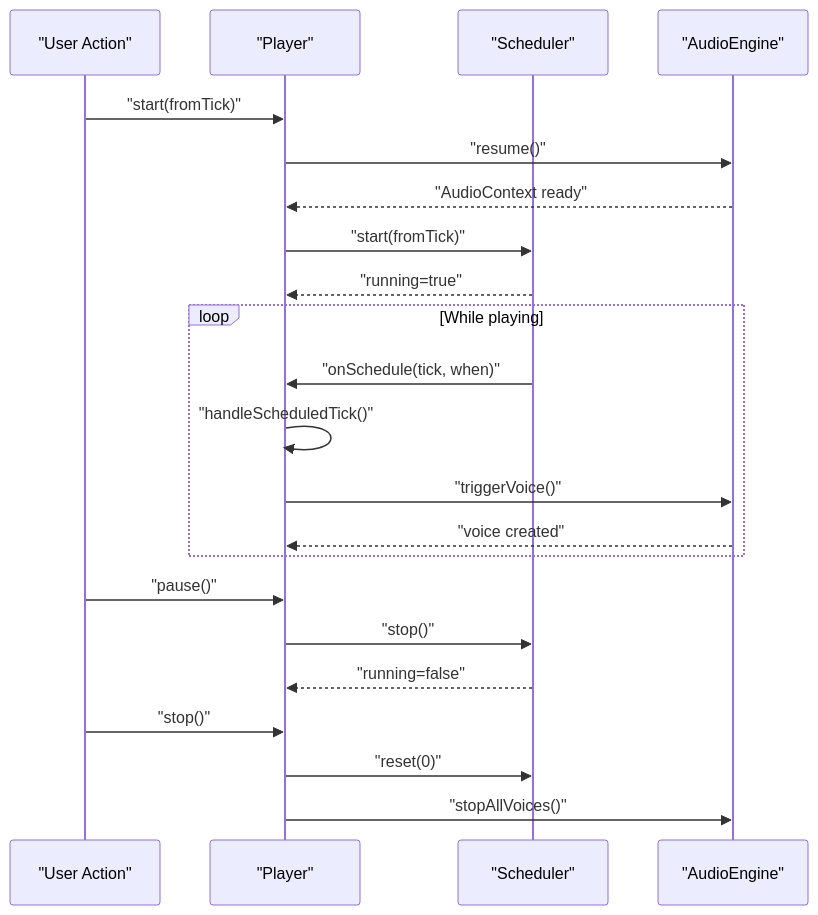
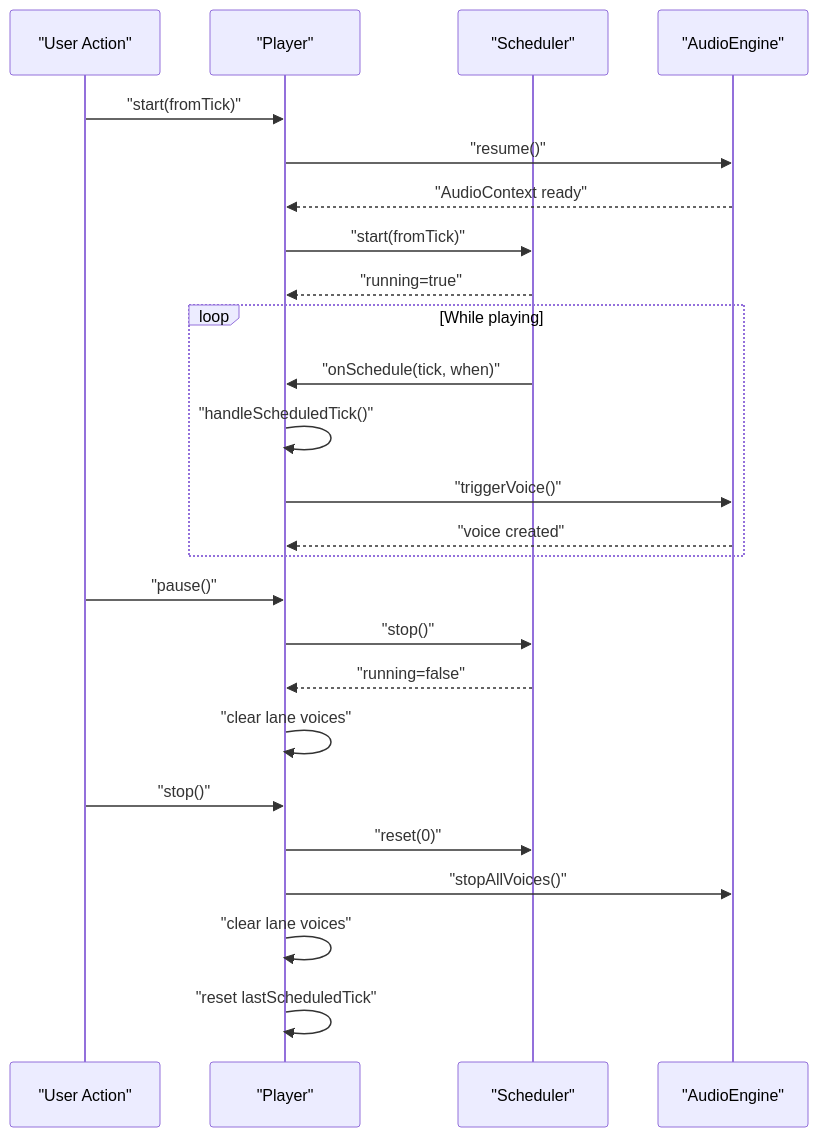
Diagram 12 of 12 in .qoder/repowiki/en/content/Audio Engine/Audio Engine.md (satyrlord/mixjam-electron), drawn with Mermaid before and after one commit. The commit also changed other lines of this file and 7 other files, not shown here.

````diff
--- a/.qoder/repowiki/en/content/Audio Engine/Audio Engine.md
+++ b/.qoder/repowiki/en/content/Audio Engine/Audio Engine.md
@@ -516,24 +582,27 @@
 ```mermaid
 sequenceDiagram
 participant User as "User Action"
 participant Player as "Player"
 participant Scheduler as "Scheduler"
 participant Engine as "AudioEngine"
 User->>Player : "start(fromTick)"
 Player->>Engine : "resume()"
 Engine-->>Player : "AudioContext ready"
 Player->>Scheduler : "start(fromTick)"
 Scheduler-->>Player : "running=true"
 loop While playing
 Scheduler->>Player : "onSchedule(tick, when)"
 Player->>Player : "handleScheduledTick()"
 Player->>Engine : "triggerVoice()"
 Engine-->>Player : "voice created"
 end
 User->>Player : "pause()"
 Player->>Scheduler : "stop()"
 Scheduler-->>Player : "running=false"
+Player->>Player : "clear lane voices"
 User->>Player : "stop()"
 Player->>Scheduler : "reset(0)"
 Player->>Engine : "stopAllVoices()"
+Player->>Player : "clear lane voices"
+Player->>Player : "reset lastScheduledTick"
 ```
````
